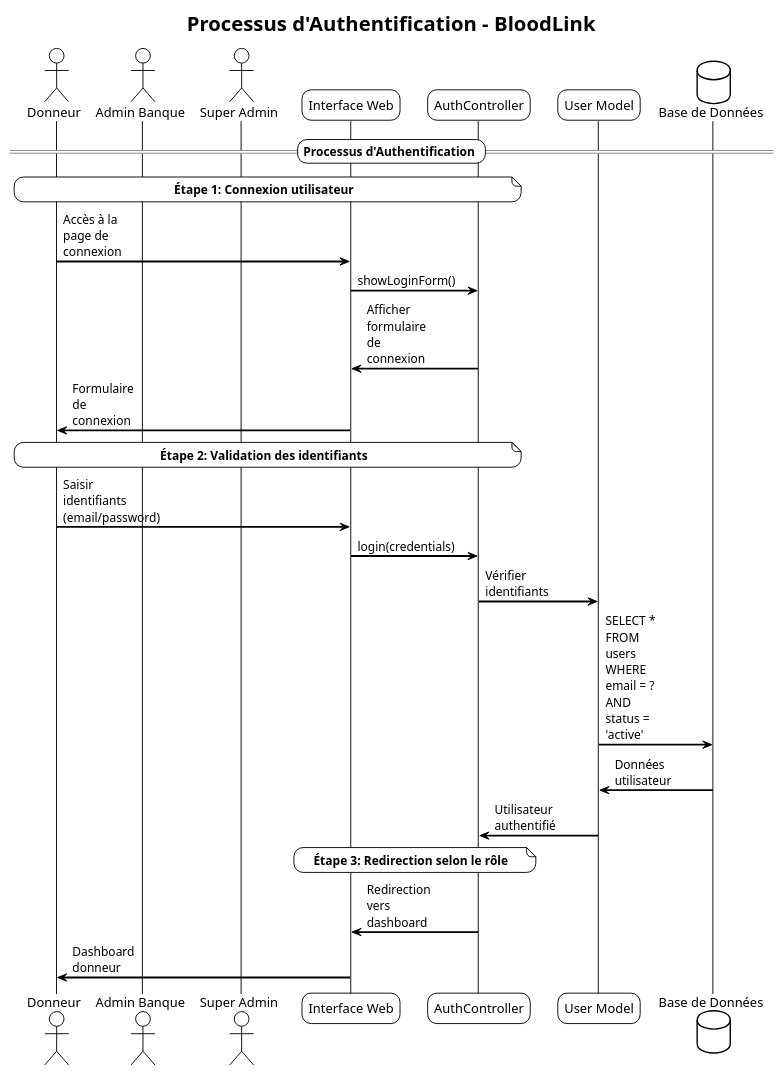
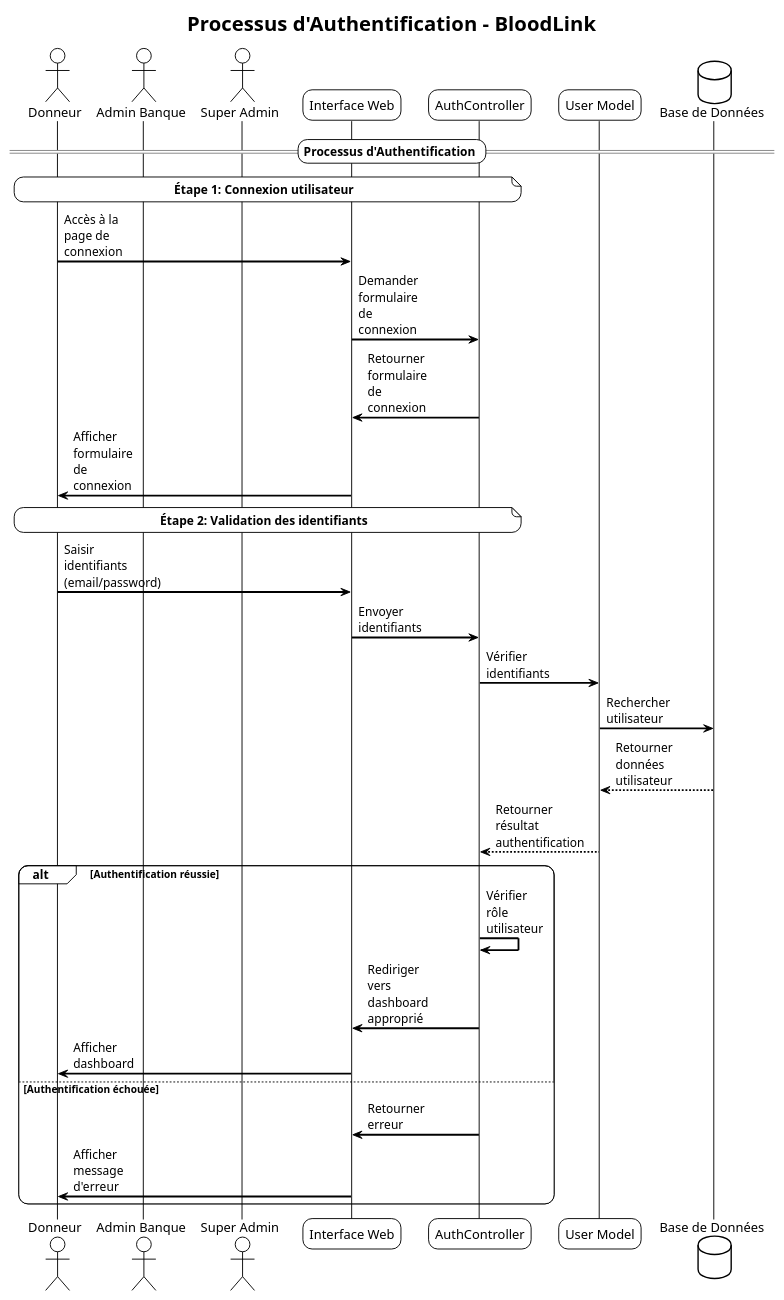
Before and after one commit to KevinKpekpe/bloodbank_plateforme: the diagram in diagramme_sequences_bloodlink_auth.puml, drawn with PlantUML. The commit also changed 3 other files, not shown here.

```diff
--- a/diagramme_sequences_bloodlink_auth.puml
+++ b/diagramme_sequences_bloodlink_auth.puml
@@ -1,41 +1,46 @@
 @startuml Diagramme de Séquences - BloodLink - Authentification
 
 !theme plain
 skinparam backgroundColor #FFFFFF
 skinparam sequenceArrowThickness 2
 skinparam roundcorner 20
 skinparam maxmessagesize 60
 
 title **Processus d'Authentification - BloodLink**
 
 actor "Donneur" as Donor
 actor "Admin Banque" as BankAdmin
 actor "Super Admin" as SuperAdmin
 
 participant "Interface Web" as UI
 participant "AuthController" as Auth
 participant "User Model" as UserModel
 
 database "Base de Données" as DB
 
 == **Processus d'Authentification** ==
 
 note over Donor, Auth : **Étape 1: Connexion utilisateur**
 Donor -> UI: Accès à la page de connexion
-UI -> Auth: showLoginForm()
-Auth -> UI: Afficher formulaire de connexion
-UI -> Donor: Formulaire de connexion
+UI -> Auth: Demander formulaire de connexion
+Auth -> UI: Retourner formulaire de connexion
+UI -> Donor: Afficher formulaire de connexion
 
 note over Donor, Auth : **Étape 2: Validation des identifiants**
 Donor -> UI: Saisir identifiants (email/password)
-UI -> Auth: login(credentials)
+UI -> Auth: Envoyer identifiants
 Auth -> UserModel: Vérifier identifiants
-UserModel -> DB: SELECT * FROM users WHERE email = ? AND status = 'active'
-DB -> UserModel: Données utilisateur
-UserModel -> Auth: Utilisateur authentifié
+UserModel -> DB: Rechercher utilisateur
+DB --> UserModel: Retourner données utilisateur
+UserModel --> Auth: Retourner résultat authentification
 
-note over Auth, UI : **Étape 3: Redirection selon le rôle**
-Auth -> UI: Redirection vers dashboard
-UI -> Donor: Dashboard donneur
+alt Authentification réussie
+    Auth -> Auth: Vérifier rôle utilisateur
+    Auth -> UI: Rediriger vers dashboard approprié
+    UI -> Donor: Afficher dashboard
+else Authentification échouée
+    Auth -> UI: Retourner erreur
+    UI -> Donor: Afficher message d'erreur
+end
 
 @enduml
```
